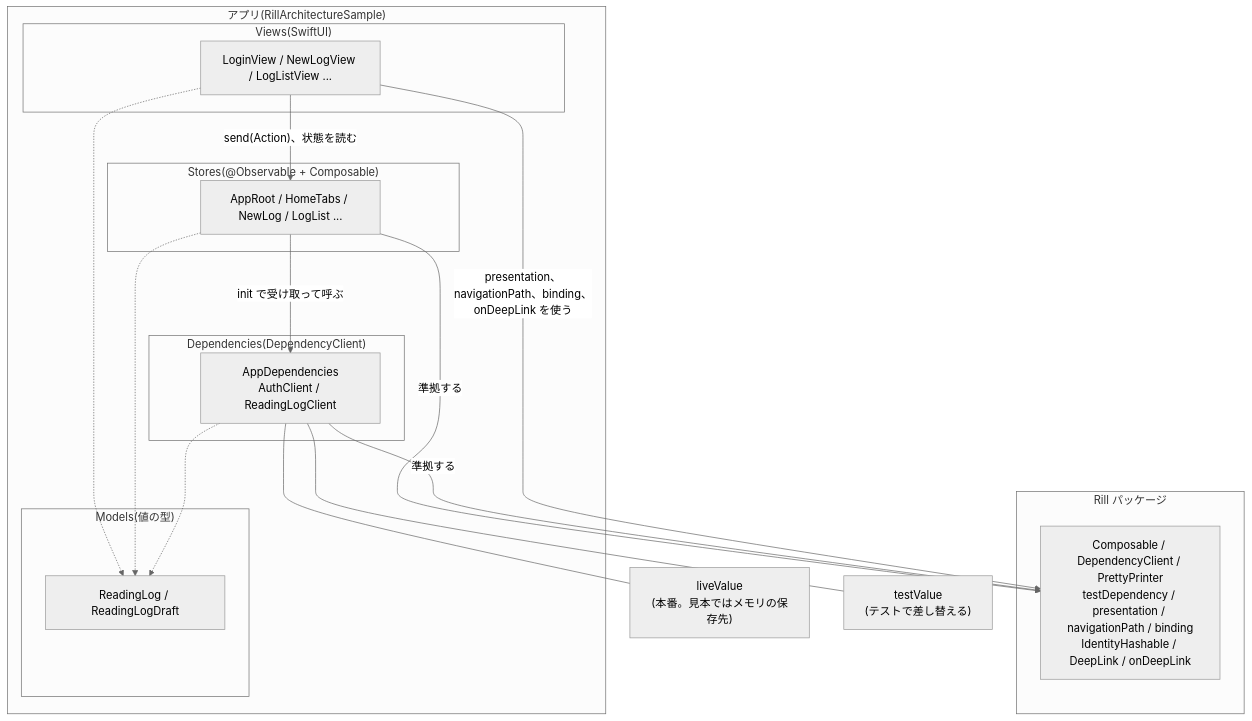
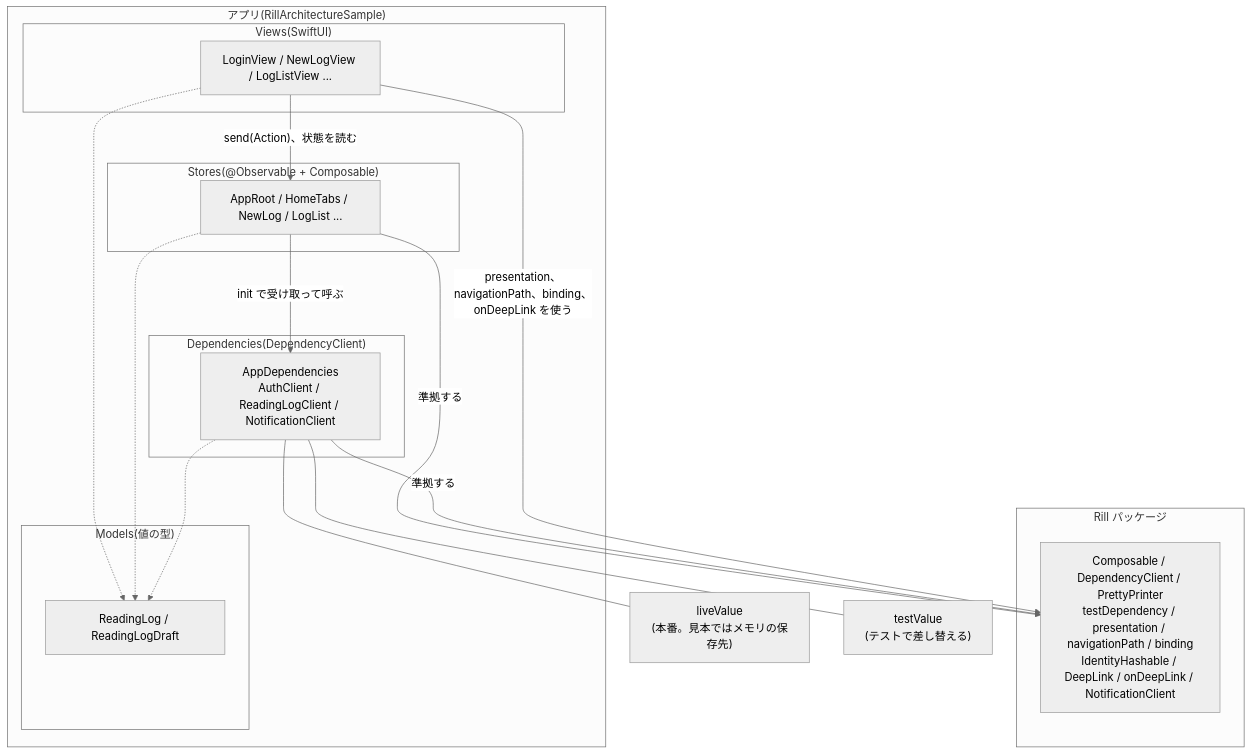
One commit to kz56cd/RillArchitectureSample changed the first of 7 diagrams in docs/architecture.md. Above: the diagram before and after it, drawn with Mermaid (neutral theme). The commit also changed other lines of this file and 14 other files, not shown here.

````diff
--- a/docs/architecture.md
+++ b/docs/architecture.md
@@ -11,31 +11,31 @@
 ```mermaid
 flowchart TB
     subgraph App["アプリ(RillArchitectureSample)"]
         subgraph Views["Views(SwiftUI)"]
             V["LoginView / NewLogView / LogListView ..."]
         end
         subgraph Stores["Stores(@Observable + Composable)"]
             S["AppRoot / HomeTabs / NewLog / LogList ..."]
         end
         subgraph Dependencies["Dependencies(DependencyClient)"]
-            D["AppDependencies<br/>AuthClient / ReadingLogClient"]
+            D["AppDependencies<br/>AuthClient / ReadingLogClient / NotificationClient"]
         end
         subgraph Models["Models(値の型)"]
             M["ReadingLog / ReadingLogDraft"]
         end
     end
     subgraph Package["Rill パッケージ"]
-        P["Composable / DependencyClient / PrettyPrinter<br/>testDependency / presentation / navigationPath / binding<br/>IdentityHashable / DeepLink / onDeepLink"]
+        P["Composable / DependencyClient / PrettyPrinter<br/>testDependency / presentation / navigationPath / binding<br/>IdentityHashable / DeepLink / onDeepLink / NotificationClient"]
     end
     Live["liveValue<br/>(本番。見本ではメモリの保存先)"]
     Test["testValue<br/>(テストで差し替える)"]
 
     V -- "send(Action)、状態を読む" --> S
     S -- "init で受け取って呼ぶ" --> D
     D --- Live
     D --- Test
     V & S & D -.-> M
     S -- "準拠する" --> P
     D -- "準拠する" --> P
     V -- "presentation、navigationPath、binding、onDeepLink を使う" --> P
 ```
````
